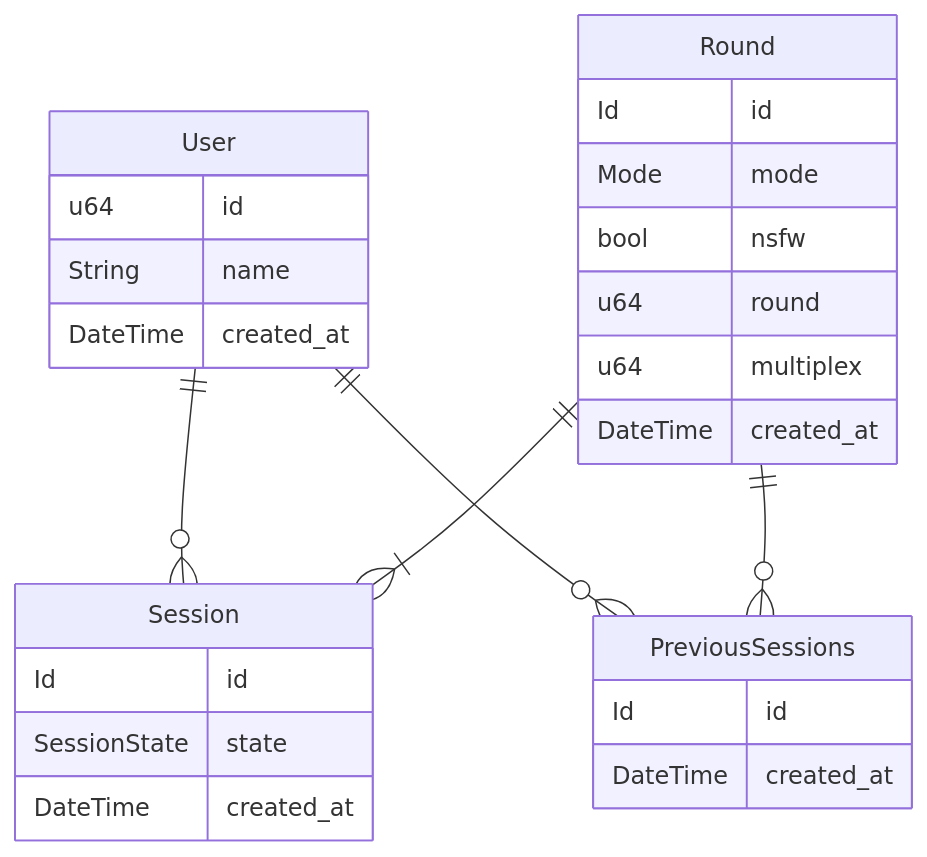
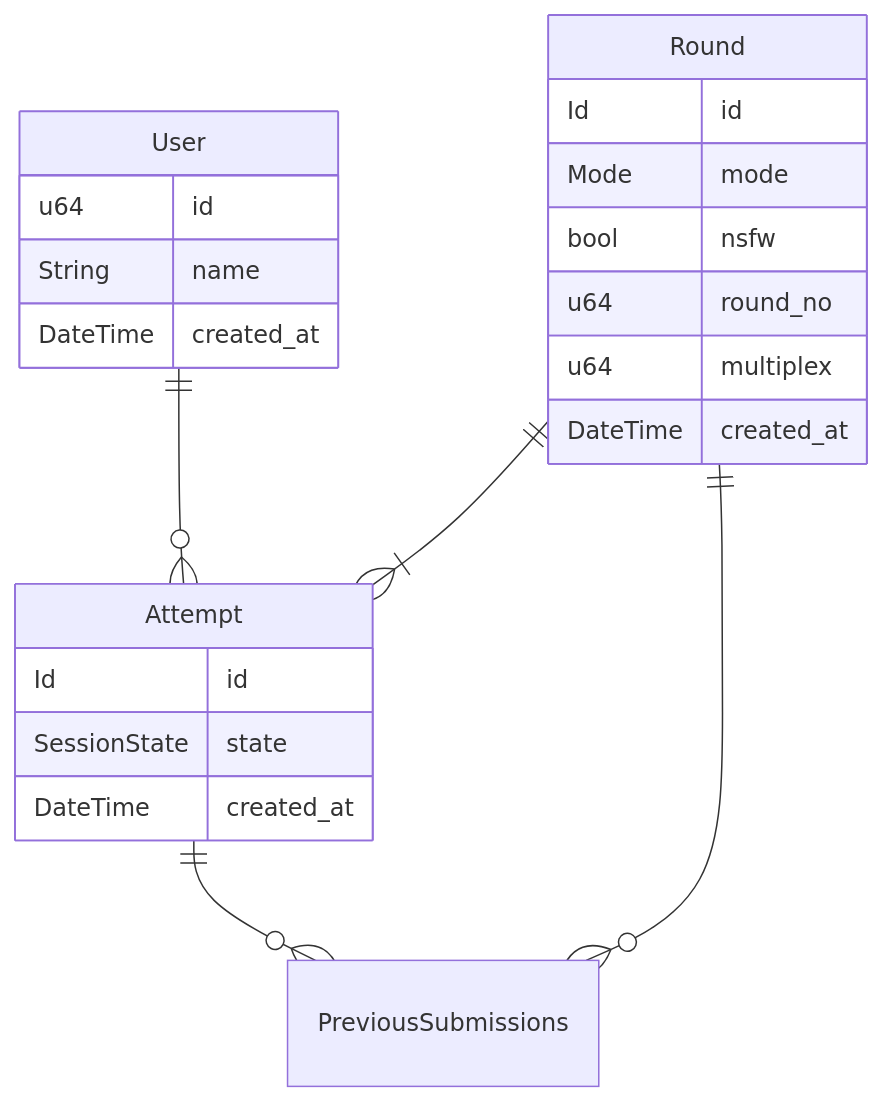
One commit to MiniaczQ/gartic-on-demand changed the first of 2 diagrams in FLOW.md. Above: the diagram before and after it, drawn with Mermaid. The commit also changed other lines of this file and 8 other files, not shown here.

````diff
--- a/FLOW.md
+++ b/FLOW.md
@@ -15,30 +15,27 @@
 ```mermaid
 erDiagram
-    User ||--o{ Session: ""
-    User ||--o{ PreviousSessions: ""
-    Round ||--|{ Session: ""
-    Round ||--o{ PreviousSessions: ""
+    User ||--o{ Attempt: ""
+    Attempt ||--o{ PreviousSubmissions: ""
+    Round ||--|{ Attempt: ""
+    Round ||--o{ PreviousSubmissions: ""
 
     User {
         u64 id
         String name
         DateTime created_at
     }
-    Session {
+    Attempt {
         Id id
         SessionState state
         DateTime created_at
     }
-    PreviousSessions {
-        Id id
-        DateTime created_at
-    }
+    PreviousSubmissions {}
     Round {
         Id id
         Mode mode
         bool nsfw
-        u64 round
+        u64 round_no
         u64 multiplex
         DateTime created_at
     }
 ```
````
